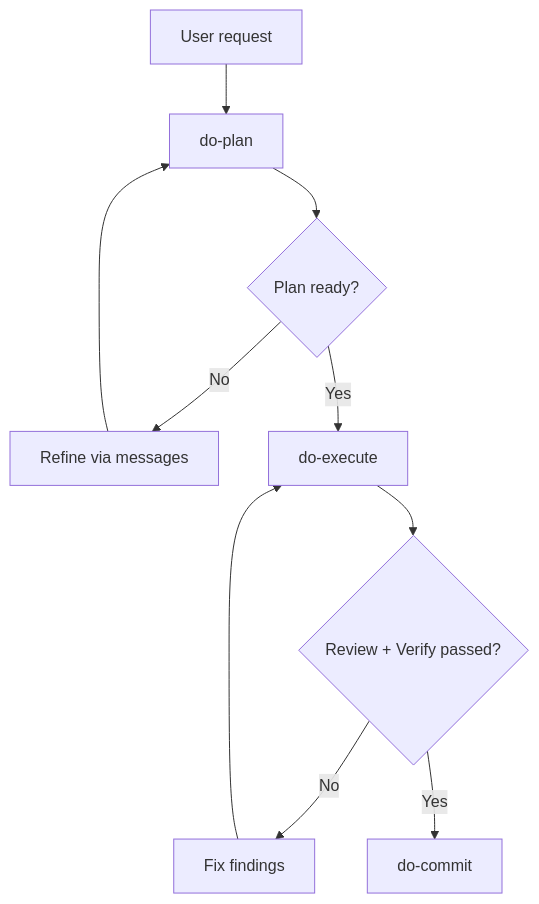
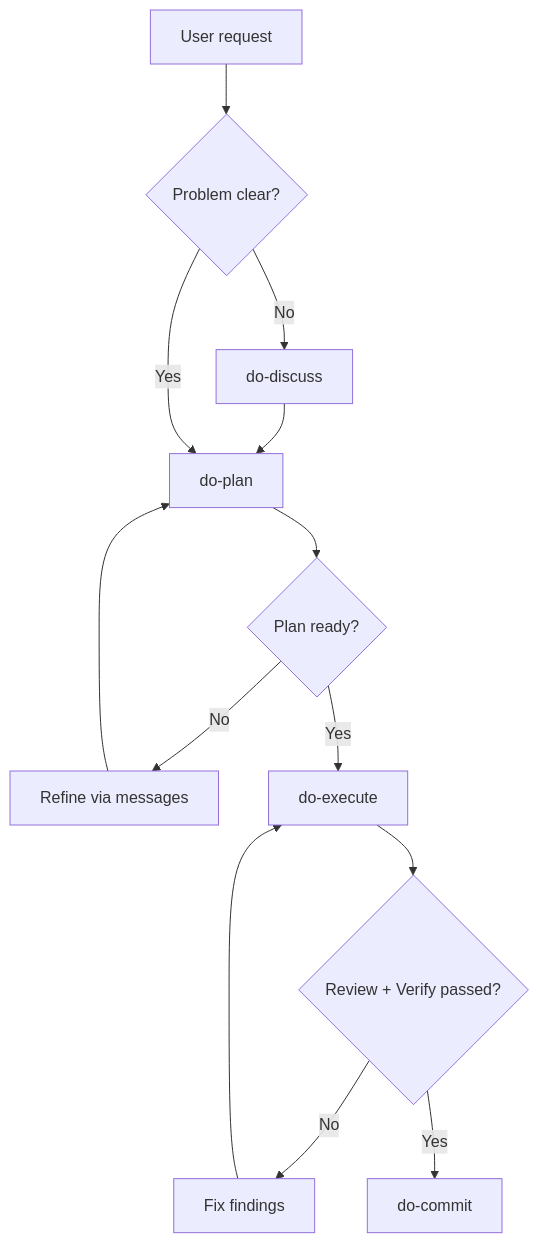
One commit to kenoxa/spine changed the diagram in README.md. Above: the diagram before and after it, drawn with Mermaid. The commit also changed other lines of this file and 6 other files, not shown here.

First line of the commit message:
feat(do-discuss): add problem‑framing skill and framer subagent

````diff
--- a/README.md
+++ b/README.md
@@ -116,12 +117,15 @@
 ```mermaid
 graph TD
-    A[User request] --> B[do-plan]
-    B --> C{Plan ready?}
-    C -->|No| D[Refine via messages]
-    D --> B
-    C -->|Yes| E[do-execute]
-    E --> F{Review + Verify passed?}
-    F -->|No| G[Fix findings]
-    G --> E
-    F -->|Yes| H[do-commit]
+    A[User request] --> B{Problem clear?}
+    B -->|No| C[do-discuss]
+    C --> D[do-plan]
+    B -->|Yes| D
+    D --> E{Plan ready?}
+    E -->|No| F[Refine via messages]
+    F --> D
+    E -->|Yes| G[do-execute]
+    G --> H{Review + Verify passed?}
+    H -->|No| I[Fix findings]
+    I --> G
+    H -->|Yes| J[do-commit]
 ```
````
